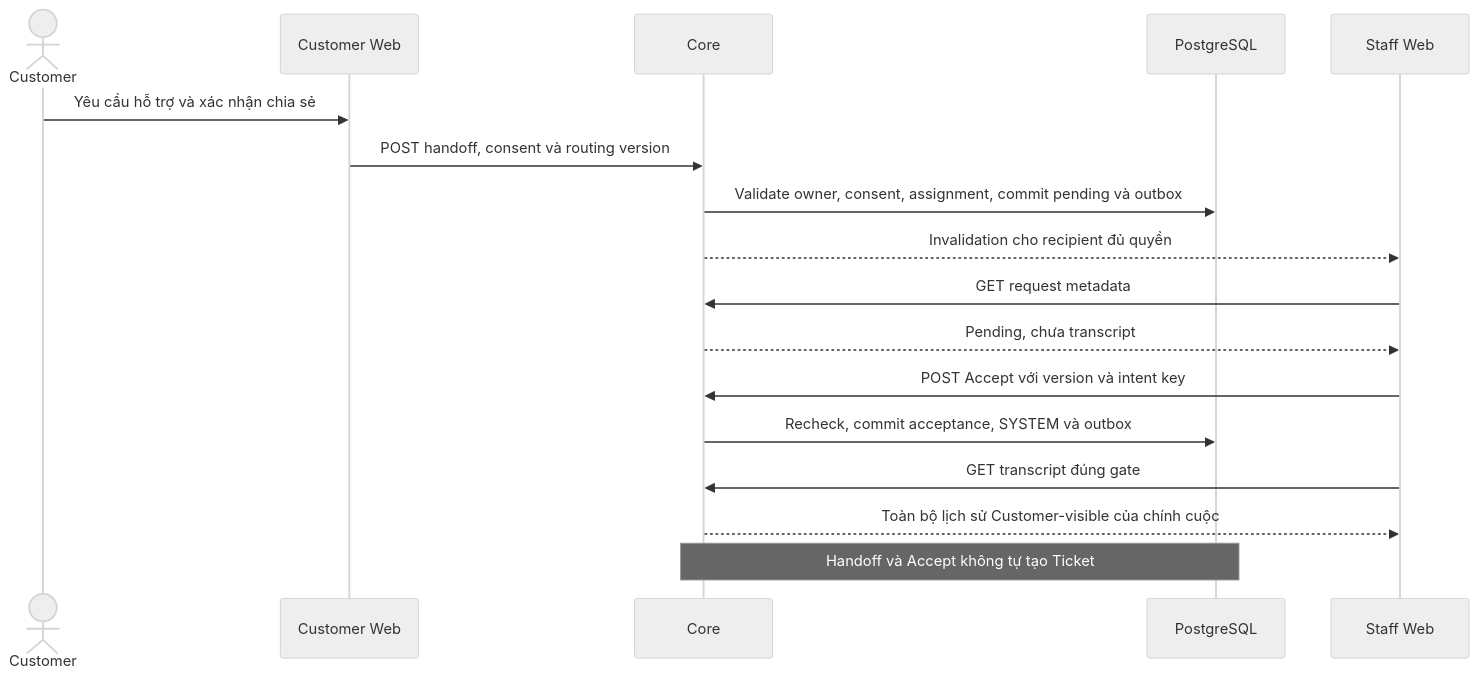
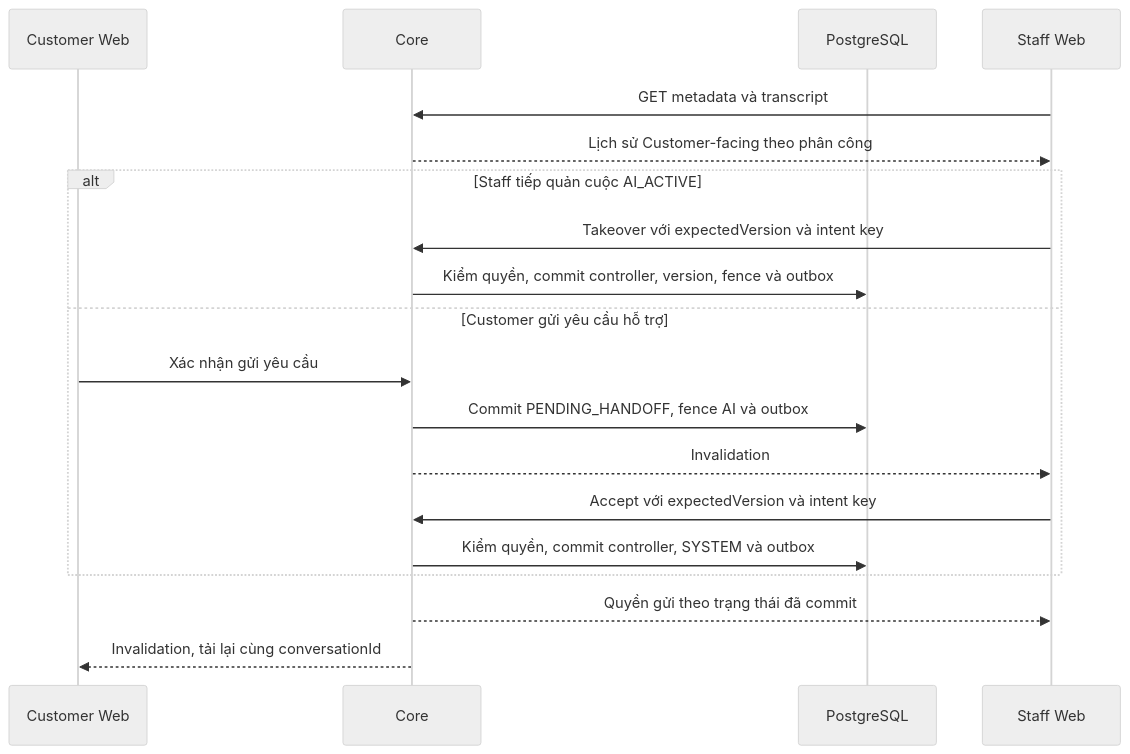
The diagram in docs/ui/staff/plans/inbox/00-inbox-spec.md (natuan05/LifeInsuranceAIAssistant), drawn with Mermaid (neutral theme) before and after one commit. The commit also changed other lines of this file and 20 other files, not shown here.

Commit message:
docs: define FR-006 conversation access and staff takeover

````diff
--- a/docs/ui/staff/plans/inbox/00-inbox-spec.md
+++ b/docs/ui/staff/plans/inbox/00-inbox-spec.md
@@ -311,19 +356,21 @@
 ```mermaid
 sequenceDiagram
-    actor U as Customer
     participant CW as Customer Web
     participant C as Core
     participant D as PostgreSQL
     participant SW as Staff Web
-    U->>CW: Yêu cầu hỗ trợ và xác nhận chia sẻ
-    CW->>C: POST handoff, consent và routing version
-    C->>D: Validate owner, consent, assignment, commit pending và outbox
-    C-->>SW: Invalidation cho recipient đủ quyền
-    SW->>C: GET request metadata
-    C-->>SW: Pending, chưa transcript
-    SW->>C: POST Accept với version và intent key
-    C->>D: Recheck, commit acceptance, SYSTEM và outbox
-    SW->>C: GET transcript đúng gate
-    C-->>SW: Toàn bộ lịch sử Customer-visible của chính cuộc
-    Note over C,D: Handoff và Accept không tự tạo Ticket
+    SW->>C: GET metadata và transcript
+    C-->>SW: Lịch sử Customer-facing theo phân công
+    alt Staff tiếp quản cuộc AI_ACTIVE
+        SW->>C: Takeover với expectedVersion và intent key
+        C->>D: Kiểm quyền, commit controller, version, fence và outbox
+    else Customer gửi yêu cầu hỗ trợ
+        CW->>C: Xác nhận gửi yêu cầu
+        C->>D: Commit PENDING_HANDOFF, fence AI và outbox
+        C-->>SW: Invalidation
+        SW->>C: Accept với expectedVersion và intent key
+        C->>D: Kiểm quyền, commit controller, SYSTEM và outbox
+    end
+    C-->>SW: Quyền gửi theo trạng thái đã commit
+    C-->>CW: Invalidation, tải lại cùng conversationId
 ```
````
